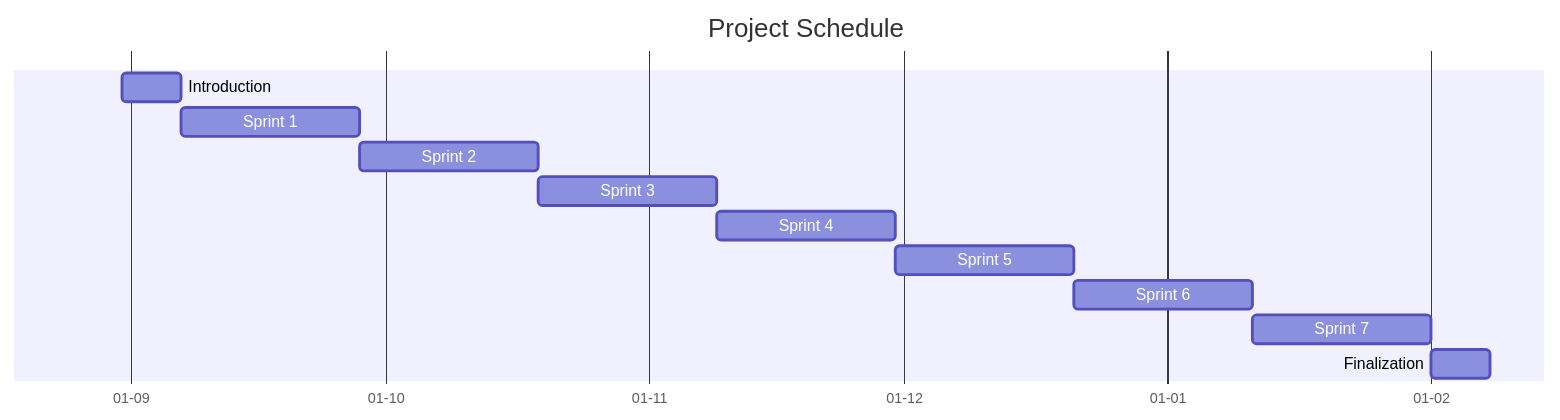
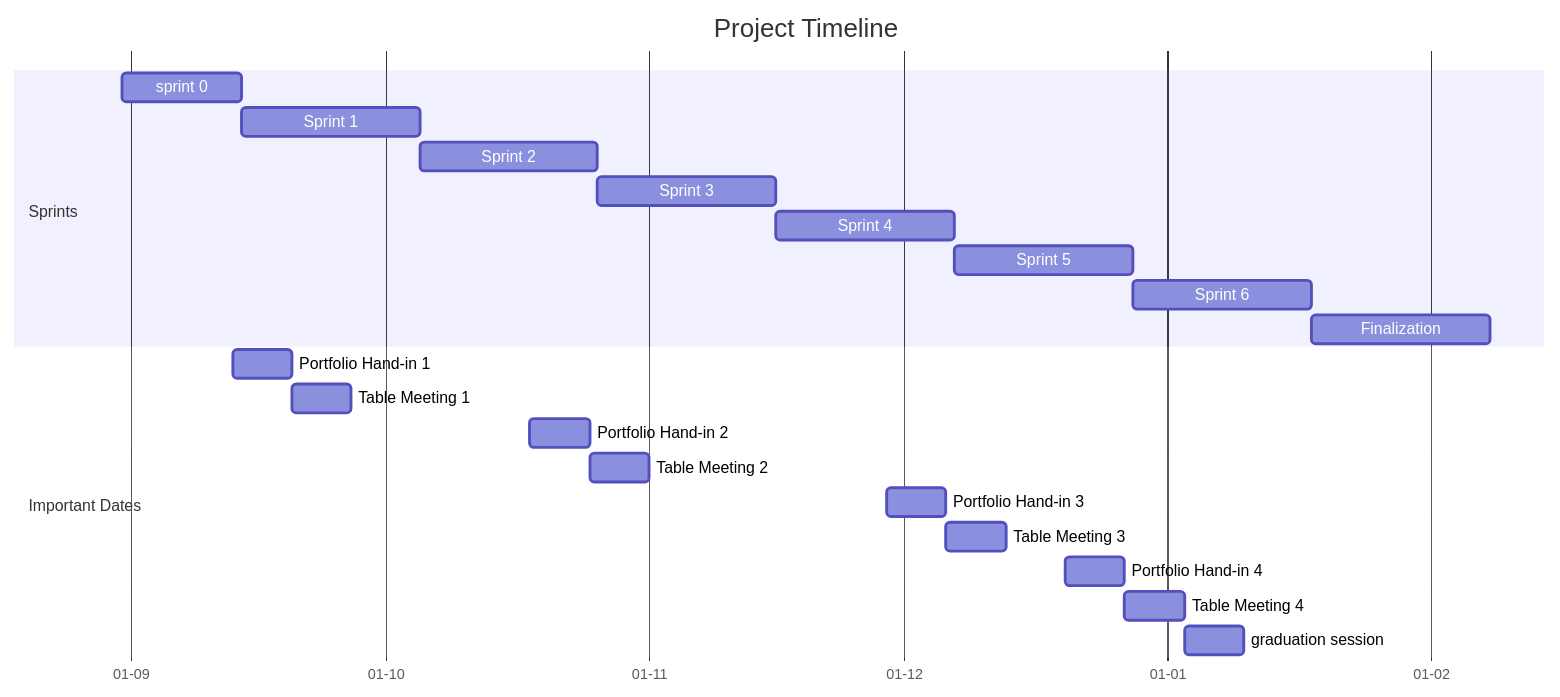
One commit to caseystijlaart/Fontys changed the diagram in docs/project-plan/approach-planning/timeline.adoc. Above: the diagram before and after it, drawn with Mermaid. The commit also changed other lines of this file and 2 other files, not shown here.

Commit message:
doc : rev timeline and communication

```diff
--- a/docs/project-plan/approach-planning/timeline.adoc
+++ b/docs/project-plan/approach-planning/timeline.adoc
@@ -8,17 +8,31 @@
 [mermaid, target=gantt-mermaid, format=png]
 ----
+
 gantt
-    title Project Schedule
+    title Project Timeline
     dateFormat  DD-MM-YYYY
     axisFormat  %d-%m
     tickInterval 1w
-    Introduction :a1, 31-08-2026, 1w
+    todayMarker off
+
+    section Sprints
+    sprint 0 :a1, 31-08-2026, 2w
     Sprint 1 :a2, after a1, 3w
     Sprint 2 :a3, after a2, 3w
     Sprint 3 :a4, after a3, 3w
     Sprint 4 :a5, after a4, 3w
     Sprint 5 :a6, after a5, 3w
     Sprint 6 :a7, after a6, 3w
-    Sprint 7 :a8, after a7, 3w
-    Finalization :a9, after a8, 1w
+    Finalization :a8, after a7, 3w
+
+    section Important Dates
+    Portfolio Hand-in 1 : ps1, 13-09-2026, 1w
+    Table Meeting 1 : t1, after ps1, 1w
+    Portfolio Hand-in 2 : p2, 18-10-2026, 1w
+    Table Meeting 2 : t2, after p2, 1w
+    Portfolio Hand-in 3 : p3, 29-11-2026, 1w
+    Table Meeting 3 : t3, after p3, 1w
+    Portfolio Hand-in 4 : p4, 20-12-2026, 1w
+    Table Meeting 4 : t4, after p4, 1w
+    graduation session : gs, after t4, 1w
 ----
```
